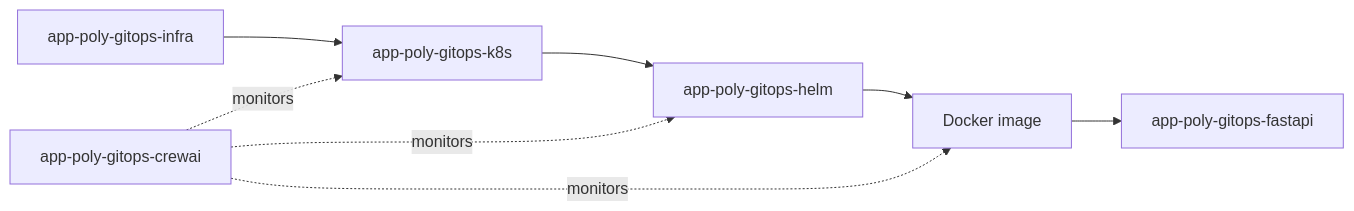
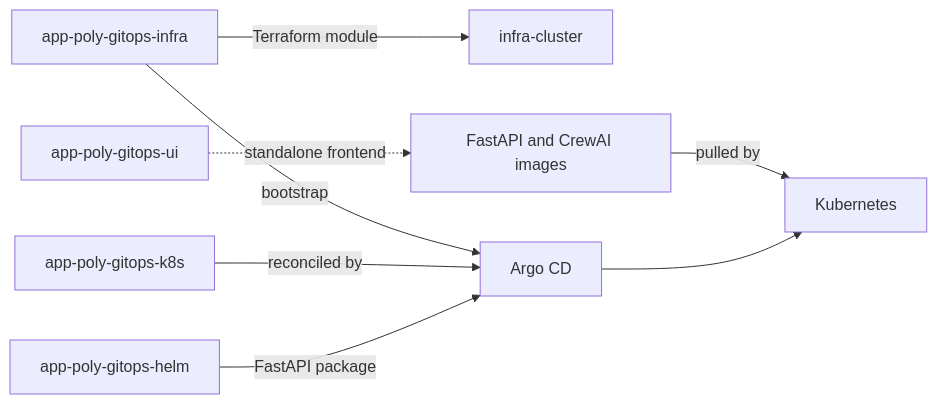
One commit to justgithubaccount/app-poly-gitops-infra changed the diagram in docs/ARCHITECTURE.md. Above: the diagram before and after it, drawn with Mermaid. The commit also changed other lines of this file and 2 other files, not shown here.

````diff
--- a/docs/ARCHITECTURE.md
+++ b/docs/ARCHITECTURE.md
@@ -109,11 +9,10 @@
-```mermaid
+~~~mermaid
 flowchart LR
-    A[app-poly-gitops-infra] --> B[app-poly-gitops-k8s]
-    B --> C[app-poly-gitops-helm]
-    C --> D[Docker image]
-    D --> E[app-poly-gitops-fastapi]
-
-    F[app-poly-gitops-crewai] -.->|monitors| B
-    F -.->|monitors| C
-    F -.->|monitors| D
-```
+    Infra[app-poly-gitops-infra] -->|Terraform module| Modules[infra-cluster]
+    Infra -->|bootstrap| Argo[Argo CD]
+    Desired[app-poly-gitops-k8s] -->|reconciled by| Argo
+    Chart[app-poly-gitops-helm] -->|FastAPI package| Argo
+    Images[FastAPI and CrewAI images] -->|pulled by| Cluster[Kubernetes]
+    Argo --> Cluster
+    UI[app-poly-gitops-ui] -. standalone frontend .-> Images
+~~~
````
